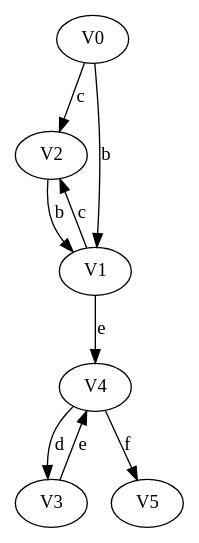
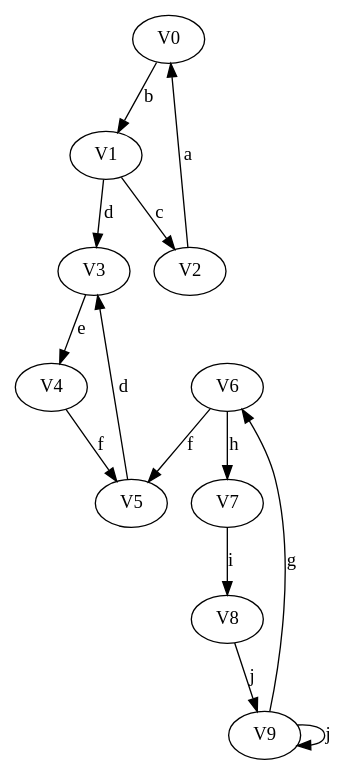
One commit to ermsharo/EP_GRAFO_PONDERADO changed the diagram in Grafo.dot. Above: the diagram before and after it, drawn with Graphviz. The commit also changed 9 other files, not shown here.

```diff
--- a/Grafo.dot
+++ b/Grafo.dot
@@ -1,11 +1,16 @@
 digraph{
-V0 -> V2[label=c]; 
- V0 -> V1[label=b]; 
- V1 -> V4[label=e]; 
+V0 -> V1[label=b]; 
+ V1 -> V3[label=d]; 
  V1 -> V2[label=c]; 
- V2 -> V1[label=b]; 
+ V2 -> V0[label=a]; 
  V3 -> V4[label=e]; 
- V4 -> V3[label=d]; 
  V4 -> V5[label=f]; 
+ V5 -> V3[label=d]; 
+ V6 -> V7[label=h]; 
+ V6 -> V5[label=f]; 
+ V7 -> V8[label=i]; 
+ V8 -> V9[label=j]; 
+ V9 -> V9[label=j]; 
+ V9 -> V6[label=g]; 
   
 }
```
